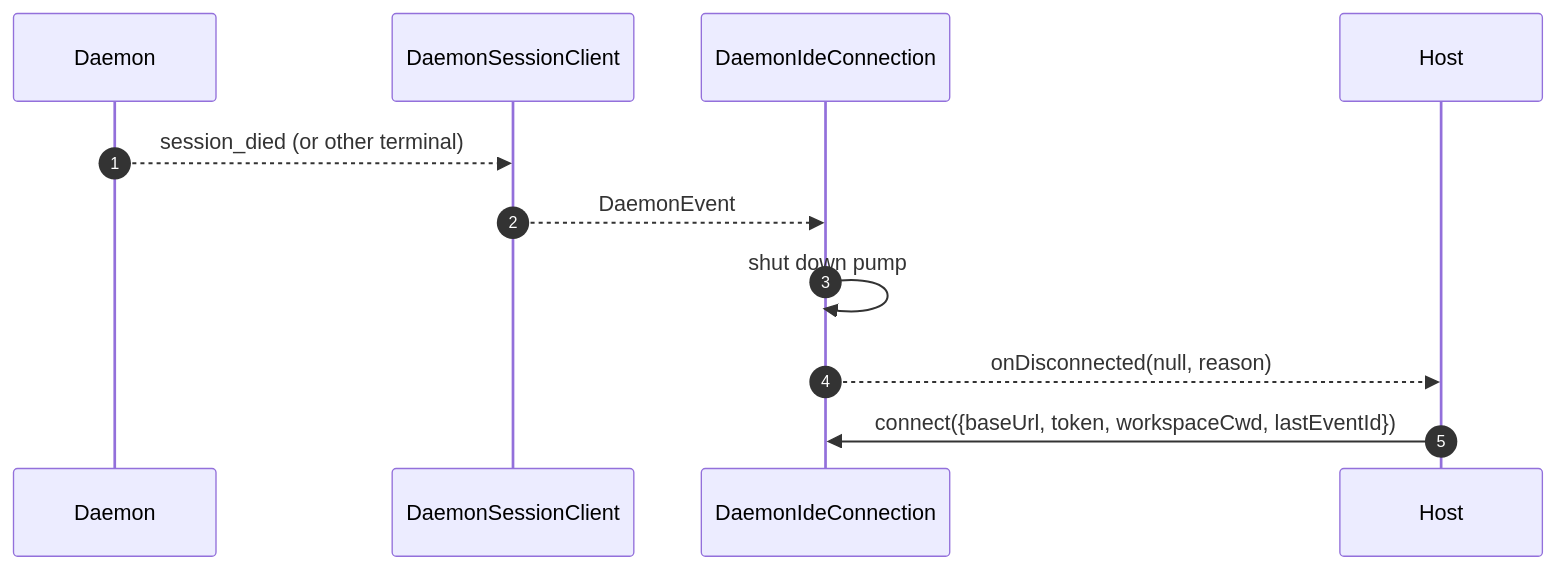
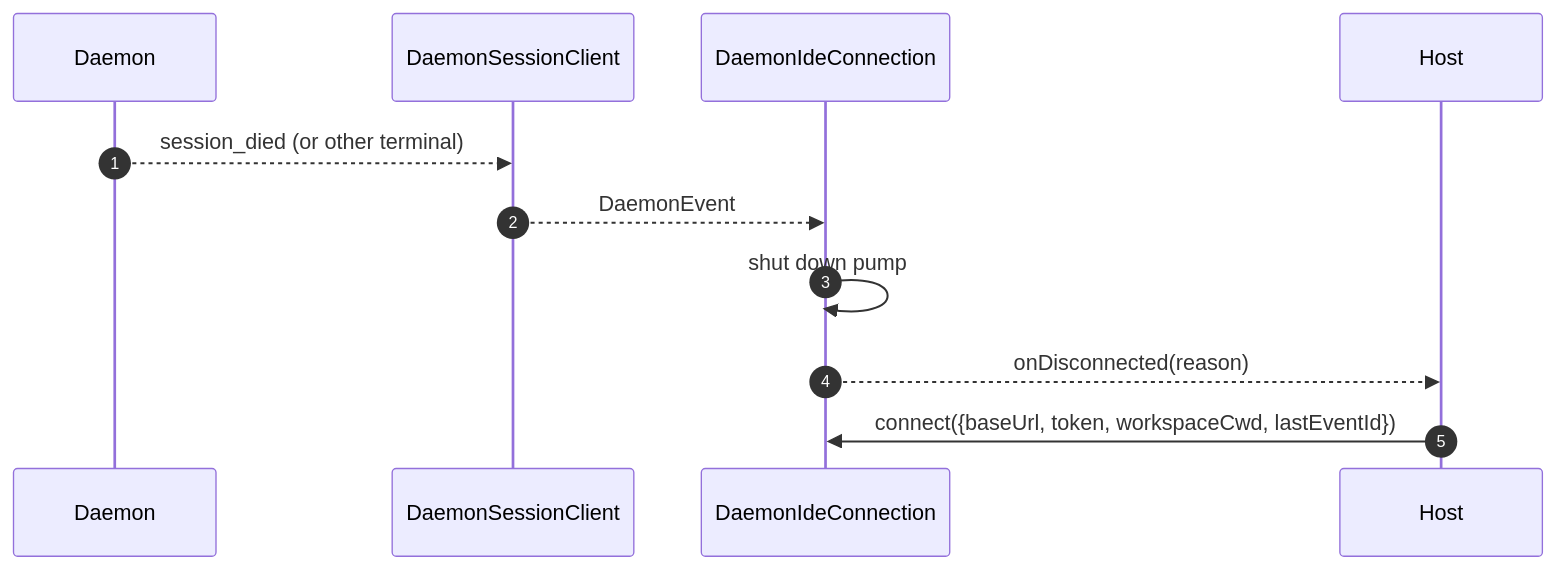
The third of 3 diagrams in docs/developers/daemon/16-vscode-ide-adapter.md (QwenLM/qwen-code), drawn with Mermaid before and after one commit. The commit also changed other lines of this file and 25 other files, not shown here.

````diff
--- a/docs/developers/daemon/16-vscode-ide-adapter.md
+++ b/docs/developers/daemon/16-vscode-ide-adapter.md
@@ -146,14 +151,14 @@
 ```mermaid
 sequenceDiagram
     autonumber
     participant D as Daemon
     participant SDK as DaemonSessionClient
     participant C as DaemonIdeConnection
     participant H as Host
 
     D-->>SDK: session_died (or other terminal)
     SDK-->>C: DaemonEvent
     C->>C: shut down pump
-    C-->>H: onDisconnected(null, reason)
+    C-->>H: onDisconnected(reason)
     H->>C: connect({baseUrl, token, workspaceCwd, lastEventId})
 ```
````
